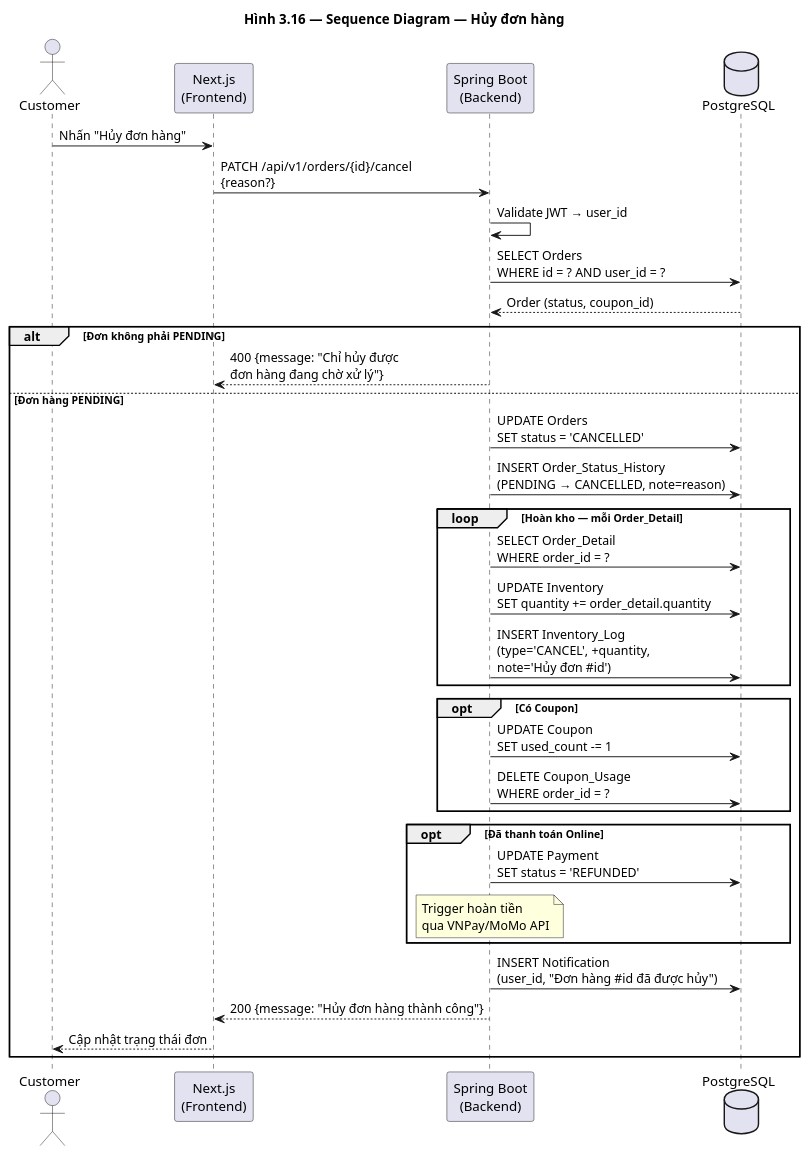
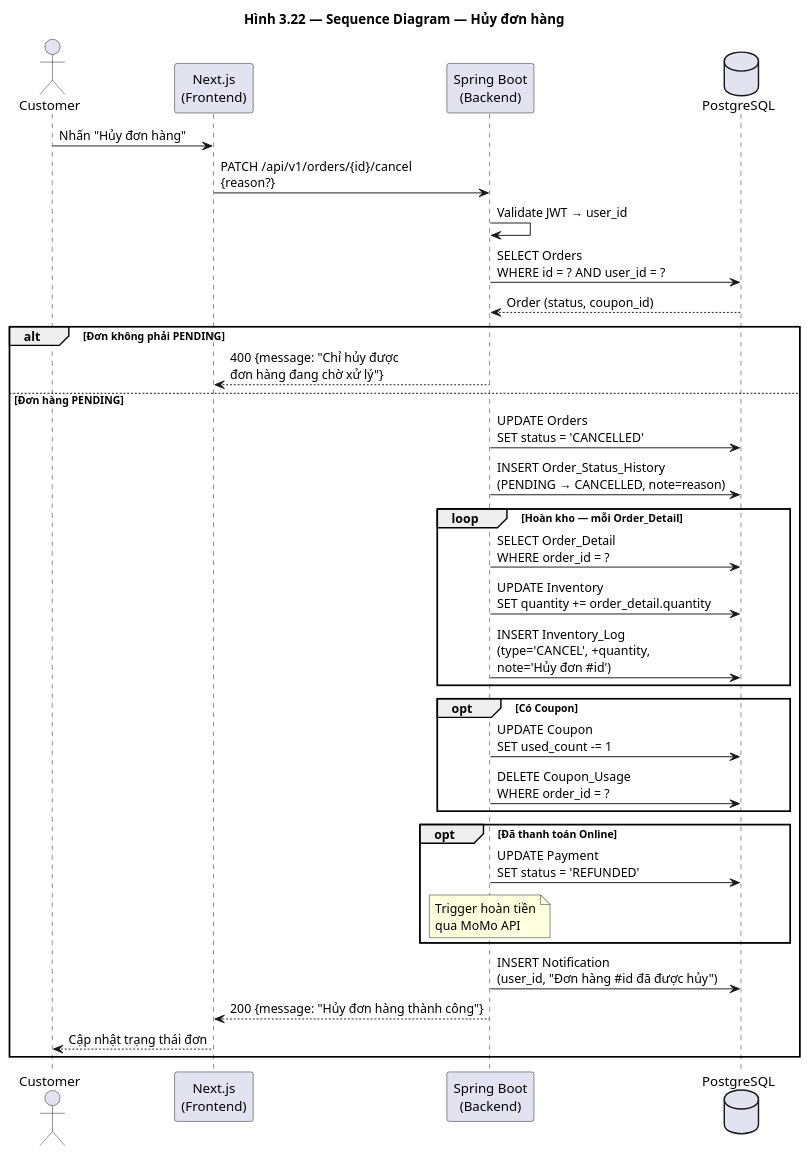
One commit to huuhieu56/PC-Parts-ECommerce changed the diagram in docs/diagrams/seq_cancel_order.puml. Above: the diagram before and after it, drawn with PlantUML. The commit also changed 50 other files, not shown here.

```diff
--- a/docs/diagrams/seq_cancel_order.puml
+++ b/docs/diagrams/seq_cancel_order.puml
@@ -1,43 +1,43 @@
 @startuml seq_cancel_order
-title Hình 3.16 — Sequence Diagram — Hủy đơn hàng
+title Hình 3.22 — Sequence Diagram — Hủy đơn hàng
 
 actor Customer
 participant "Next.js\n(Frontend)" as FE
 participant "Spring Boot\n(Backend)" as BE
 database "PostgreSQL" as DB
 
 Customer -> FE : Nhấn "Hủy đơn hàng"
 FE -> BE : PATCH /api/v1/orders/{id}/cancel\n{reason?}
 BE -> BE : Validate JWT → user_id
 
 BE -> DB : SELECT Orders\nWHERE id = ? AND user_id = ?
 DB --> BE : Order (status, coupon_id)
 
 alt Đơn không phải PENDING
     BE --> FE : 400 {message: "Chỉ hủy được\nđơn hàng đang chờ xử lý"}
 else Đơn hàng PENDING
     BE -> DB : UPDATE Orders\nSET status = 'CANCELLED'
     BE -> DB : INSERT Order_Status_History\n(PENDING → CANCELLED, note=reason)
 
     loop Hoàn kho — mỗi Order_Detail
         BE -> DB : SELECT Order_Detail\nWHERE order_id = ?
         BE -> DB : UPDATE Inventory\nSET quantity += order_detail.quantity
         BE -> DB : INSERT Inventory_Log\n(type='CANCEL', +quantity,\nnote='Hủy đơn #id')
     end
 
     opt Có Coupon
         BE -> DB : UPDATE Coupon\nSET used_count -= 1
         BE -> DB : DELETE Coupon_Usage\nWHERE order_id = ?
     end
 
     opt Đã thanh toán Online
         BE -> DB : UPDATE Payment\nSET status = 'REFUNDED'
-        note over BE : Trigger hoàn tiền\nqua VNPay/MoMo API
+        note over BE : Trigger hoàn tiền\nqua MoMo API
     end
 
     BE -> DB : INSERT Notification\n(user_id, "Đơn hàng #id đã được hủy")
     BE --> FE : 200 {message: "Hủy đơn hàng thành công"}
     FE --> Customer : Cập nhật trạng thái đơn
 end
 
 @enduml
```
